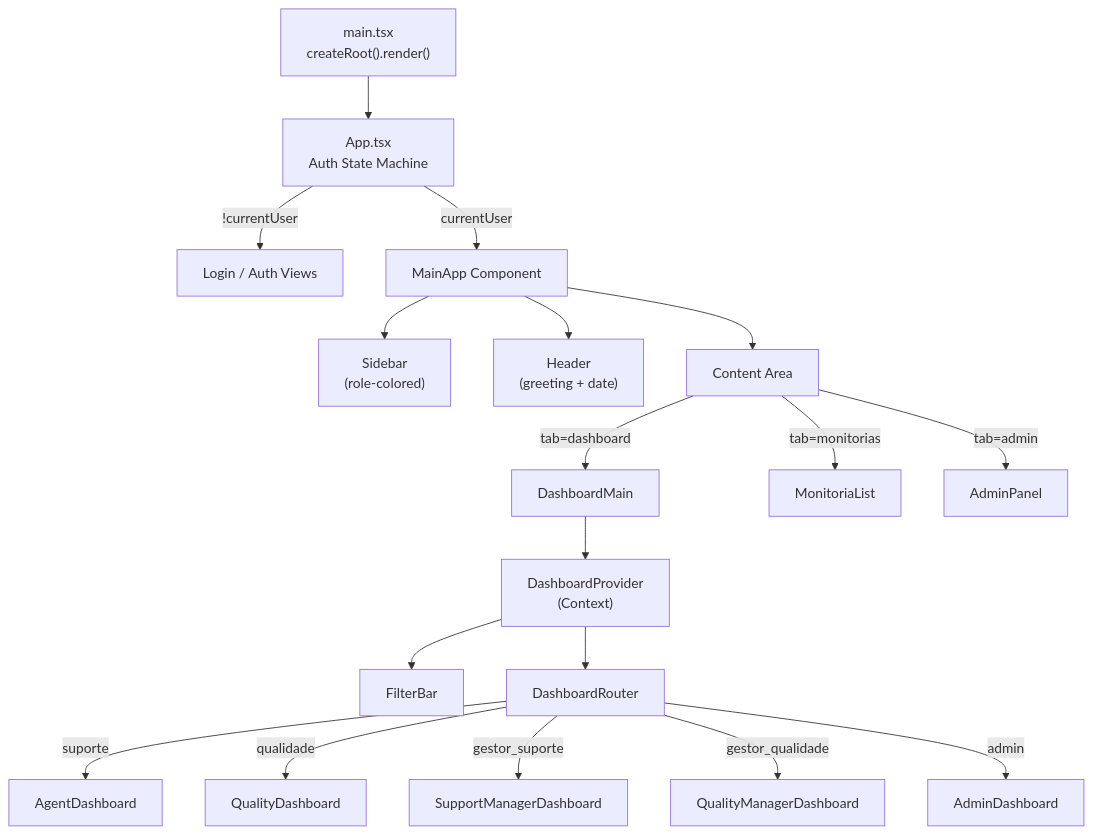
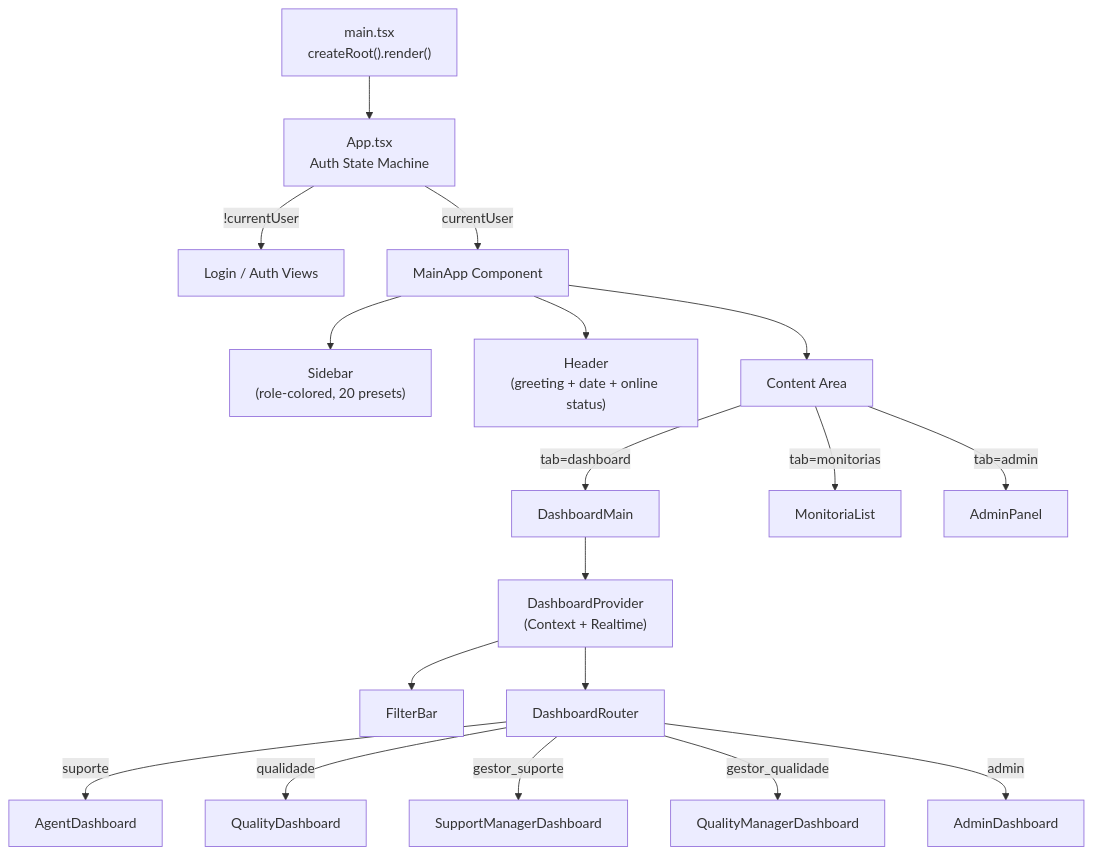
Before and after one commit to allanscode/QualiTrack: the diagram in docs/architecture/frontend.md, drawn with Mermaid. The commit also changed other lines of this file and 19 other files, not shown here.

````diff
--- a/docs/architecture/frontend.md
+++ b/docs/architecture/frontend.md
@@ -204,28 +257,28 @@
 ```mermaid
 graph TD
     main["main.tsx<br/>createRoot().render()"]
     app["App.tsx<br/>Auth State Machine"]
-    
+
     main --> app
-    
+
     app -->|"!currentUser"| login["Login / Auth Views"]
     app -->|"currentUser"| mainApp["MainApp Component"]
-    
-    mainApp --> sidebar["Sidebar<br/>(role-colored)"]
-    mainApp --> header["Header<br/>(greeting + date)"]
+
+    mainApp --> sidebar["Sidebar<br/>(role-colored, 20 presets)"]
+    mainApp --> header["Header<br/>(greeting + date + online status)"]
     mainApp --> content["Content Area"]
-    
+
     content -->|"tab=dashboard"| dashMain["DashboardMain"]
     content -->|"tab=monitorias"| monList["MonitoriaList"]
     content -->|"tab=admin"| admin["AdminPanel"]
-    
-    dashMain --> provider["DashboardProvider<br/>(Context)"]
+
+    dashMain --> provider["DashboardProvider<br/>(Context + Realtime)"]
     provider --> filterBar["FilterBar"]
     provider --> router["DashboardRouter"]
-    
+
     router -->|"suporte"| agentDash["AgentDashboard"]
     router -->|"qualidade"| qualDash["QualityDashboard"]
     router -->|"gestor_suporte"| supMgr["SupportManagerDashboard"]
     router -->|"gestor_qualidade"| qualMgr["QualityManagerDashboard"]
     router -->|"admin"| adminDash["AdminDashboard"]
 ```
````
